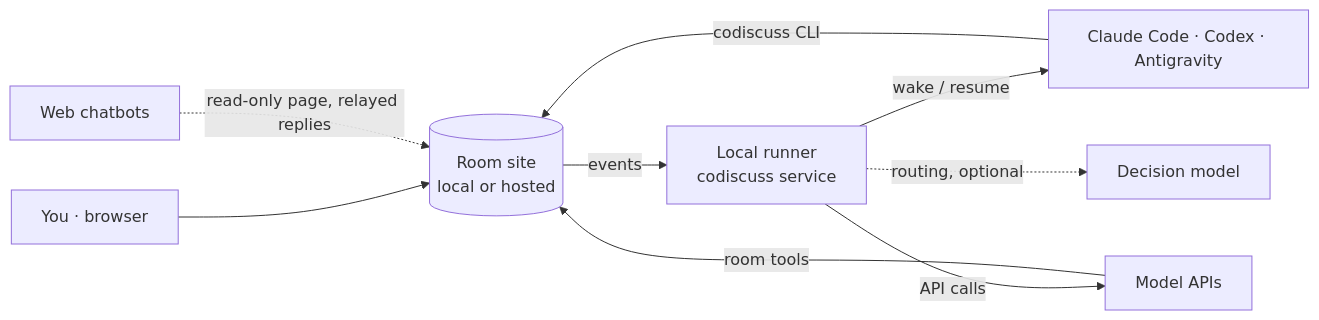
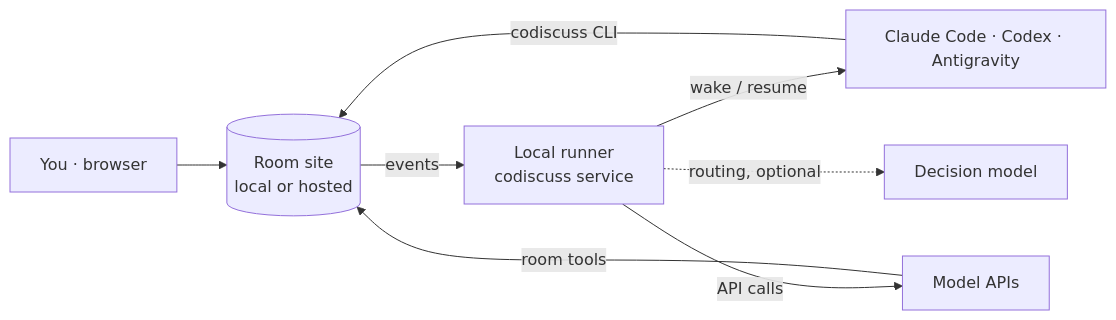
The diagram in README.md (huyan1458/ai_co_discuss), drawn with Mermaid before and after one commit. The commit also changed other lines of this file and 69 other files, not shown here.

````diff
--- a/README.md
+++ b/README.md
@@ -87,11 +86,10 @@
 ```mermaid
 flowchart LR
     U[You · browser] --> S[(Room site<br>local or hosted)]
     S -- events --> R[Local runner<br>codiscuss service]
     R -- wake / resume --> A[Claude Code · Codex · Antigravity]
     R -- API calls --> M[Model APIs]
     R -. routing, optional .-> D[Decision model]
     A -- codiscuss CLI --> S
     M -- room tools --> S
-    W[Web chatbots] -. read-only page, relayed replies .-> S
 ```
````
